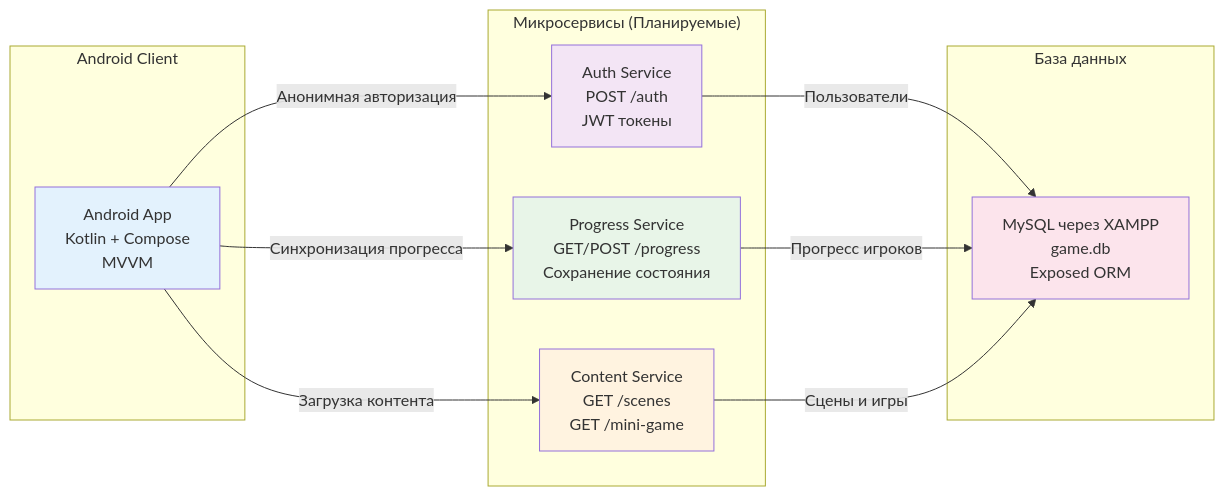
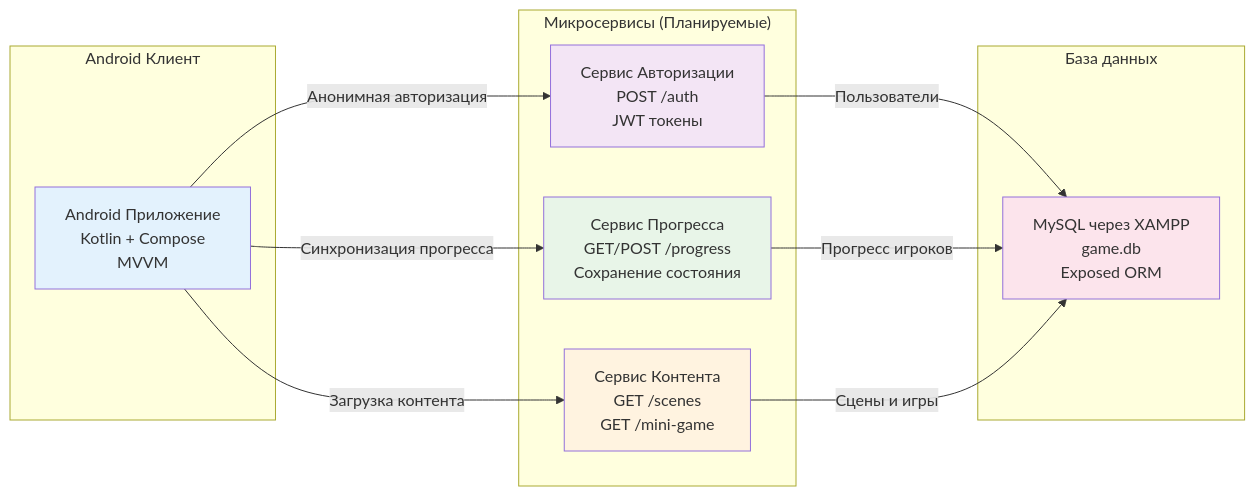
The fourth of 34 diagrams in ALL_DIAGRAMS.md (Angel-Energy/diplom-), drawn with Mermaid before and after one commit. The commit also changed other lines of this file and 7 other files, not shown here.

Commit message:
feat(diagrams): Fix diagram styles and update statistics

````diff
--- a/ALL_DIAGRAMS.md
+++ b/ALL_DIAGRAMS.md
@@ -89,25 +89,25 @@
 ```mermaid
 graph LR
-    subgraph "Android Client"
-        A[Android App<br/>Kotlin + Compose<br/>MVVM]
+    subgraph "Android Клиент"
+        приложение[Android Приложение<br/>Kotlin + Compose<br/>MVVM]
     end
     subgraph "Микросервисы (Планируемые)"
-        B[Auth Service<br/>POST /auth<br/>JWT токены]
-        C[Progress Service<br/>GET/POST /progress<br/>Сохранение состояния]
-        D[Content Service<br/>GET /scenes<br/>GET /mini-game]
+        сервисАвторизации[Сервис Авторизации<br/>POST /auth<br/>JWT токены]
+        сервисПрогресса[Сервис Прогресса<br/>GET/POST /progress<br/>Сохранение состояния]
+        сервисКонтента[Сервис Контента<br/>GET /scenes<br/>GET /mini-game]
     end
     subgraph "База данных"
-        E[MySQL через XAMPP<br/>game.db<br/>Exposed ORM]
+        базаДанных[MySQL через XAMPP<br/>game.db<br/>Exposed ORM]
     end
-    A -->|Анонимная авторизация| B
-    A -->|Синхронизация прогресса| C
-    A -->|Загрузка контента| D
-    B -->|Пользователи| E
-    C -->|Прогресс игроков| E
-    D -->|Сцены и игры| E
-    style A fill:#e3f2fd
-    style B fill:#f3e5f5
-    style C fill:#e8f5e8
-    style D fill:#fff3e0
-    style E fill:#fce4ec
+    приложение -->|Анонимная авторизация| сервисАвторизации
+    приложение -->|Синхронизация прогресса| сервисПрогресса
+    приложение -->|Загрузка контента| сервисКонтента
+    сервисАвторизации -->|Пользователи| базаДанных
+    сервисПрогресса -->|Прогресс игроков| базаДанных
+    сервисКонтента -->|Сцены и игры| базаДанных
+    style приложение fill:#e3f2fd
+    style сервисАвторизации fill:#f3e5f5
+    style сервисПрогресса fill:#e8f5e8
+    style сервисКонтента fill:#fff3e0
+    style базаДанных fill:#fce4ec
 ```
````
